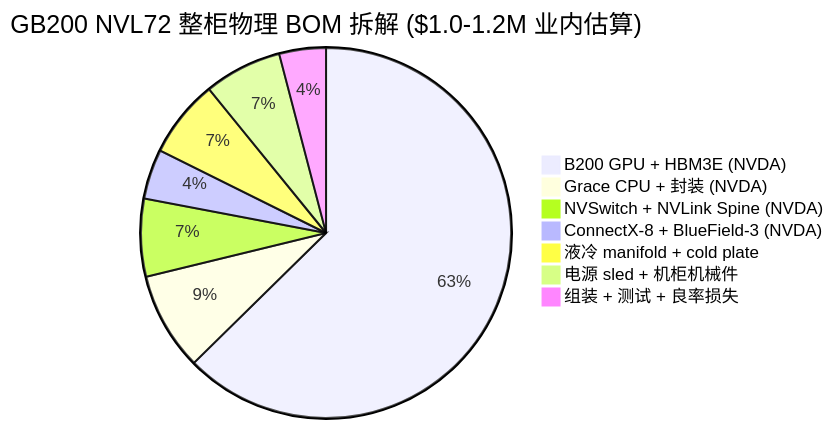
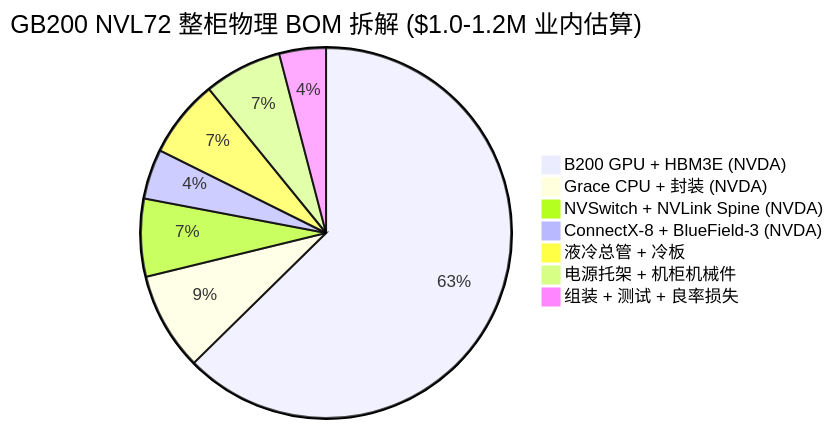
Before and after one commit to diguike/book-compute-economics: the fourth of 7 diagrams in book/09-server-rack/README.md, drawn with Mermaid. The commit also changed other lines of this file and 1 other file, not shown here.

Commit message:
book/07-09: 硬件英文术语中文化 — reference rack→整柜参考设计、compute/switch tray→计算/交换托盘、manifold→液冷总管、cold plate→冷板、sled→电源托架、baseboard→底板、NVLink domain→互连域、superchip→超级芯片、Tier 2→二线云厂（首现保留英文括注，产品专名不译）；修复 SMCI/超微电脑重复、台积电叠字、telecom 2.0 笔误；飞书两章已同步并回填 last_synced

````diff
--- a/book/09-server-rack/README.md
+++ b/book/09-server-rack/README.md
@@ -193,10 +193,10 @@
 ```mermaid
 pie title GB200 NVL72 整柜物理 BOM 拆解 ($1.0-1.2M 业内估算)
     "B200 GPU + HBM3E (NVDA)" : 461
     "Grace CPU + 封装 (NVDA)" : 63
     "NVSwitch + NVLink Spine (NVDA)" : 50
     "ConnectX-8 + BlueField-3 (NVDA)" : 32
-    "液冷 manifold + cold plate" : 50
-    "电源 sled + 机柜机械件" : 50
+    "液冷总管 + 冷板" : 50
+    "电源托架 + 机柜机械件" : 50
     "组装 + 测试 + 良率损失" : 30
 ```
````
